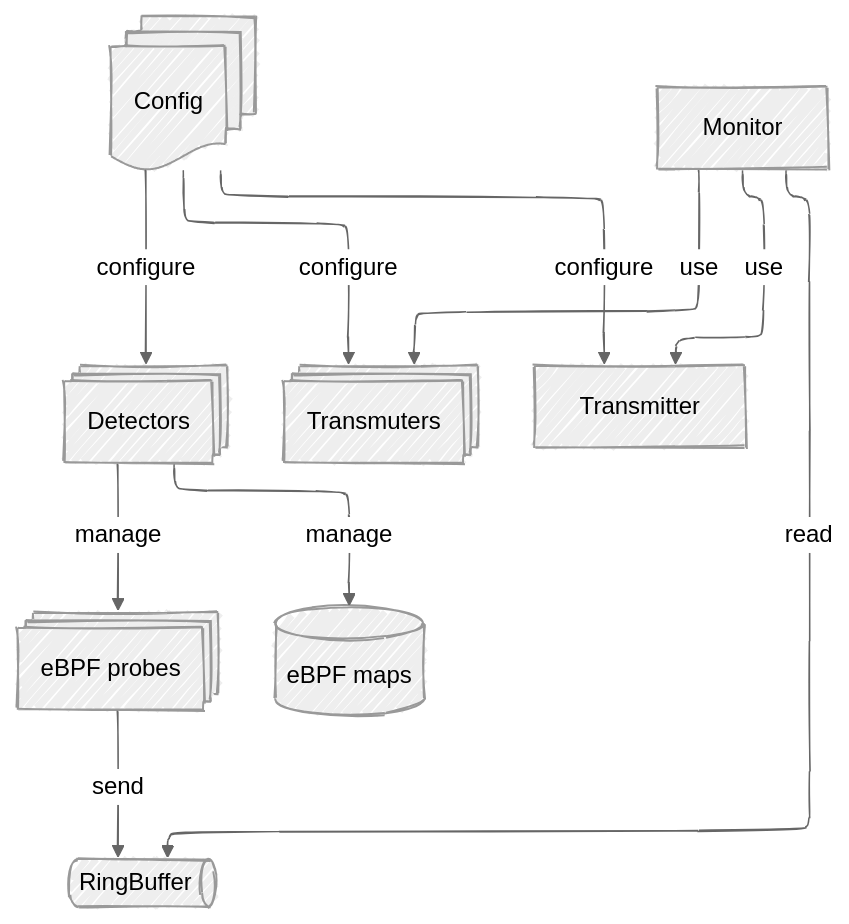
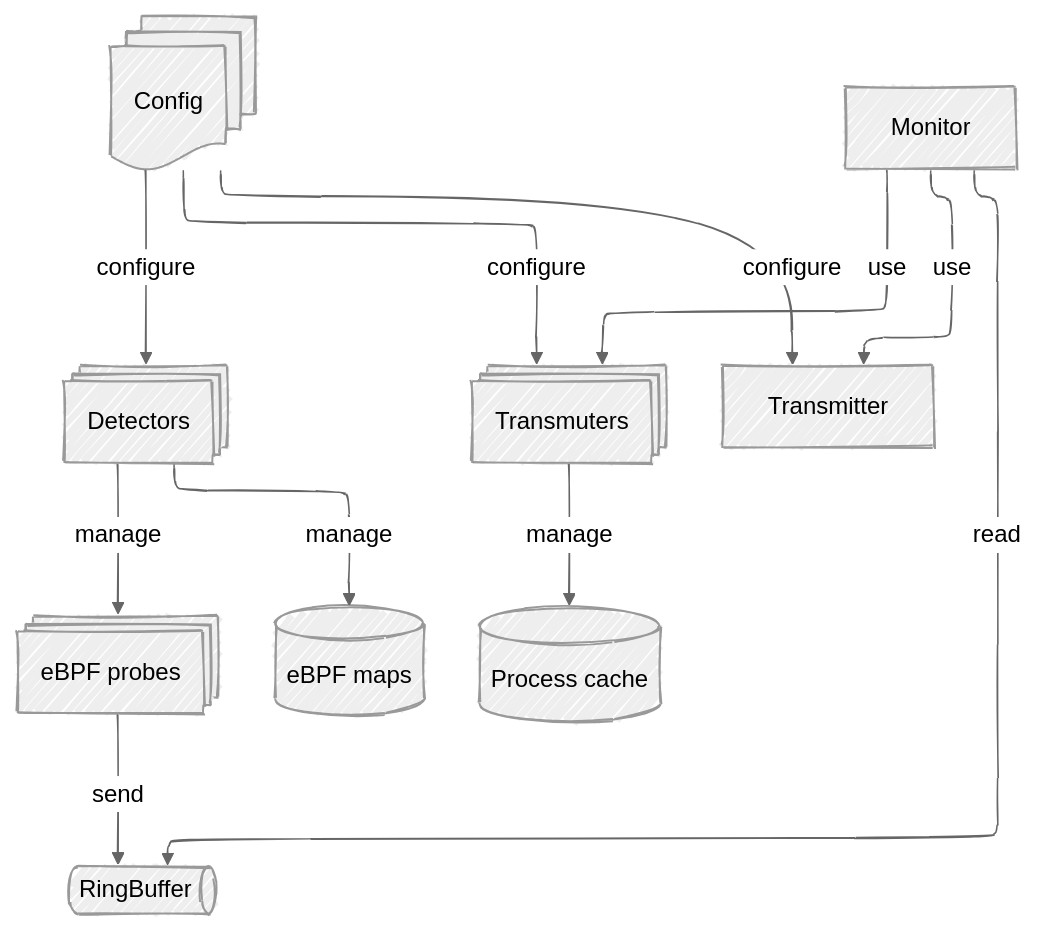
One commit to bombinisecurity/bombini changed the first of 2 diagrams in docs/src/design.md. Above: the diagram before and after it, drawn with Mermaid (neutral theme). The commit also changed other lines of this file and 9 other files, not shown here.

````diff
--- a/docs/src/design.md
+++ b/docs/src/design.md
@@ -10,24 +10,26 @@
 ```mermaid
 ---
 config:
   layout: elk
   look: handDrawn
 ---
 flowchart TB
     A["Config"] -- configure --> B["Detectors"]
     B -- manage --> C["eBPF probes"]
     B -- manage --> D["eBPF maps"]
     A -- configure --> E["Transmuters"]
     A -- configure --> F["Transmitter"]
     G["Monitor"] -- use --> E
     G["Monitor"] -- use --> F
     G["Monitor"] -- read --> H["RingBuffer"]
+    E -- manage --> I["Process cache"]
     C -- send --> H
 
     A@{ shape: docs}
     B@{ shape: processes}
     C@{ shape: processes}
     D@{ shape: cyl}
     E@{ shape: processes}
     H@{ shape: das}
+    I@{ shape: cyl}
 ```
````
